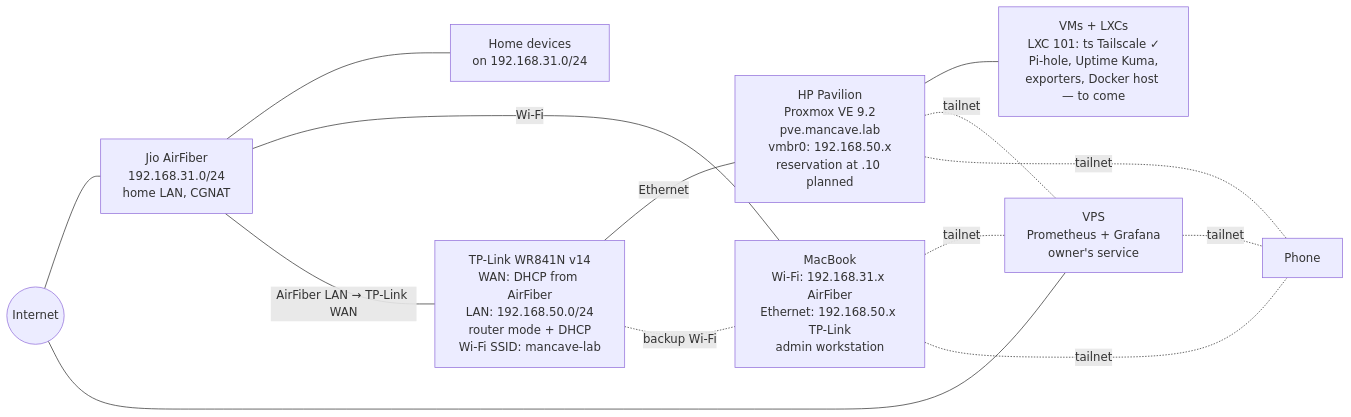
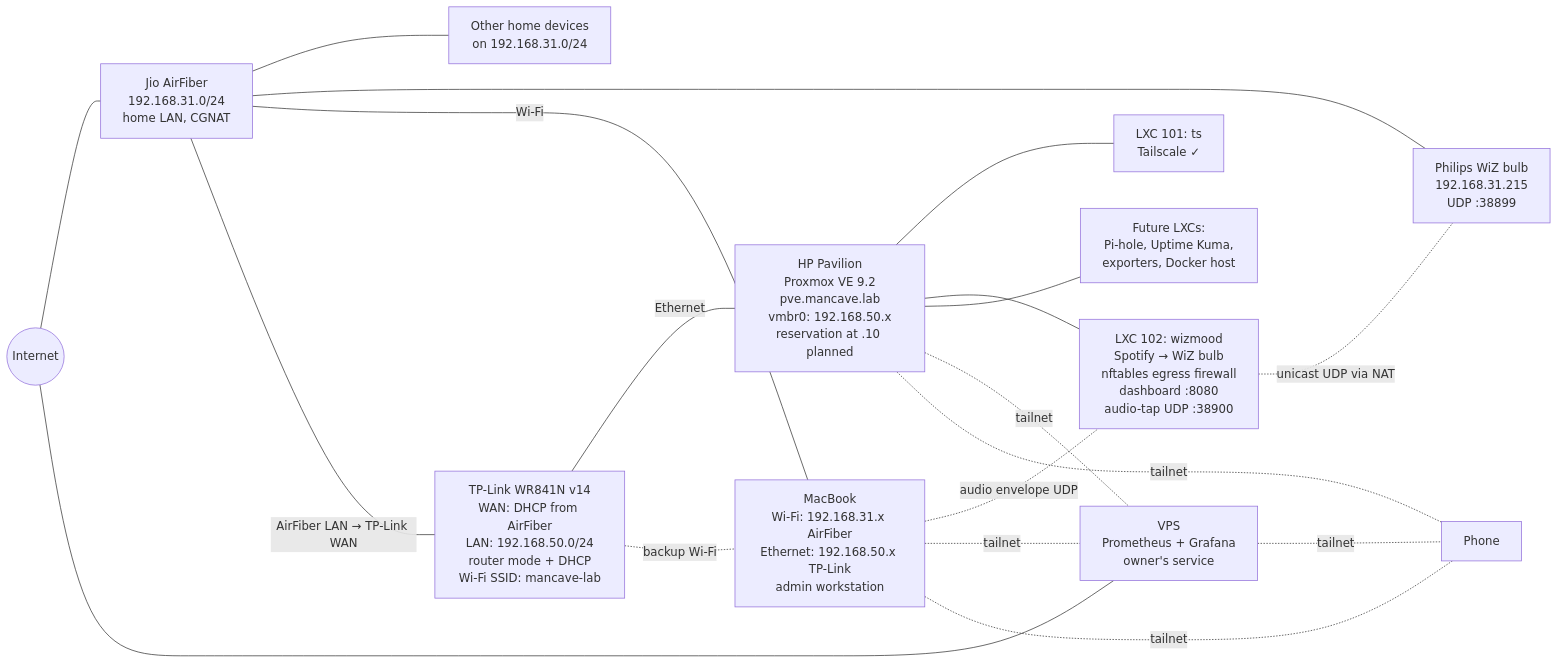
The first of 2 diagrams in topology.md (SaiVikrantG/mancave.lab), drawn with Mermaid before and after one commit. The commit also changed other lines of this file and 1 other file, not shown here.

Commit message:
docs: fold the wizmood LXC into context + topology
context.md:
- Date bumped to 2026-10-18.
- Current-state checklist gains the wizmood LXC (container 102).
- Hardware inventory gains the Philips WiZ bulb — notable because it
  sits on the home subnet, not the lab subnet, and the "Allow all
  controls" firmware trap belongs in the shared reference.
- New changelog row describing the service pipeline, the dashboard,
  the egress firewall, and the deferred systemd migration.

topology.md:
- Current diagram split VMs-and-LXCs into the ts LXC, wizmood LXC, and
  a Future LXCs placeholder — easier to extend as more land.
- Added the WiZ bulb node on 192.168.31.0/24 and the dashed cross-
  subnet unicast edge from wizmood to it.
- Added the dashed Mac→wizmood edge for the audio-envelope UDP feed.
- Two new Notes entries covering (a) why unicast crosses but broadcast
  doesn't, and (b) the shape of the audio-tap packets and their rate
  limit.
- Changelog row for the above.

````diff
--- a/topology.md
+++ b/topology.md
@@ -15,27 +15,36 @@
 ```mermaid
 graph LR
     INET((Internet))
     JIO[Jio AirFiber<br/>192.168.31.0/24<br/>home LAN, CGNAT]
     TPL[TP-Link WR841N v14<br/>WAN: DHCP from AirFiber<br/>LAN: 192.168.50.0/24<br/>router mode + DHCP<br/>Wi-Fi SSID: mancave-lab]
     HP[HP Pavilion<br/>Proxmox VE 9.2<br/>pve.mancave.lab<br/>vmbr0: 192.168.50.x<br/>reservation at .10 planned]
-    VMS[VMs + LXCs<br/>LXC 101: ts Tailscale ✓<br/>Pi-hole, Uptime Kuma,<br/>exporters, Docker host — to come]
+    TSLXC[LXC 101: ts<br/>Tailscale ✓]
+    WIZLXC[LXC 102: wizmood<br/>Spotify → WiZ bulb<br/>nftables egress firewall<br/>dashboard :8080<br/>audio-tap UDP :38900]
+    FUTURE[Future LXCs:<br/>Pi-hole, Uptime Kuma,<br/>exporters, Docker host]
+    BULB[Philips WiZ bulb<br/>192.168.31.215<br/>UDP :38899]
     VPS[VPS<br/>Prometheus + Grafana<br/>owner's service]
     PHONE[Phone]
     MAC[MacBook<br/>Wi-Fi: 192.168.31.x AirFiber<br/>Ethernet: 192.168.50.x TP-Link<br/>admin workstation]
-    HOME[Home devices<br/>on 192.168.31.0/24]
+    HOME[Other home devices<br/>on 192.168.31.0/24]
 
     INET --- JIO
     JIO --- HOME
+    JIO --- BULB
     JIO -- Wi-Fi --- MAC
     JIO -- AirFiber LAN → TP-Link WAN --- TPL
     TPL -- Ethernet --- HP
     TPL -. backup Wi-Fi .- MAC
-    HP --- VMS
+    HP --- TSLXC
+    HP --- WIZLXC
+    HP --- FUTURE
     INET --- VPS
+
+    WIZLXC -. unicast UDP via NAT .- BULB
+    MAC -. audio envelope UDP .- WIZLXC
 
     HP -. tailnet .- VPS
     HP -. tailnet .- PHONE
     MAC -. tailnet .- VPS
     MAC -. tailnet .- PHONE
     VPS -. tailnet .- PHONE
 ```
````
